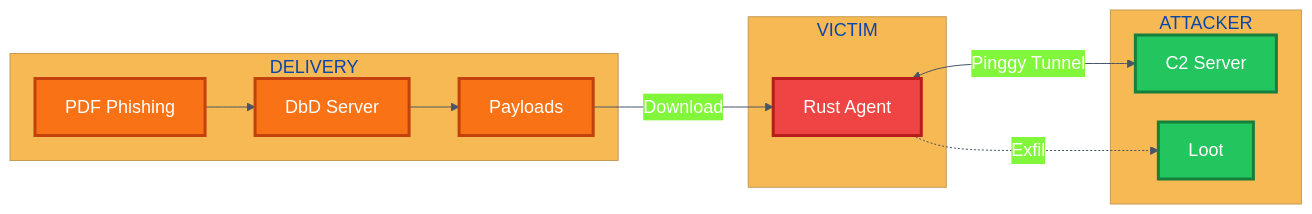
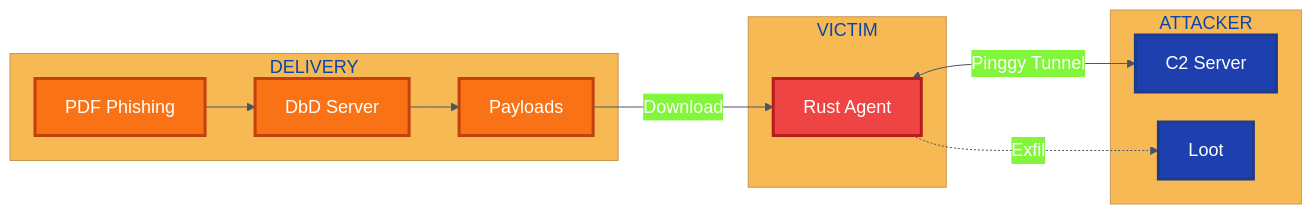
One commit to TimBLukas/rust-mw changed the diagram in presentation/diagrams/01_gesamtarchitektur.mmd. Above: the diagram before and after it, drawn with Mermaid. The commit also changed 6 other files, not shown here.

```diff
--- a/presentation/diagrams/01_gesamtarchitektur.mmd
+++ b/presentation/diagrams/01_gesamtarchitektur.mmd
@@ -1,28 +1,28 @@
 %%{init: {'theme': 'base', 'themeVariables': { 'primaryColor': '#3b82f6', 'primaryTextColor': '#ffffff', 'lineColor': '#475569', 'fontSize': '18px'}, 'flowchart': {'nodeSpacing': 30, 'rankSpacing': 50}}}%%
 
 flowchart LR
     subgraph DEL["DELIVERY"]
         PDF["PDF Phishing"] --> DBD["DbD Server"]
         DBD --> PAY["Payloads"]
     end
 
     subgraph VIC["VICTIM"]
         AGENT["Rust Agent"]
     end
 
     subgraph ATK["ATTACKER"]
         C2["C2 Server"]
         LOOT["Loot"]
     end
 
     PAY -->|"Download"| AGENT
     AGENT <-->|"Pinggy Tunnel"| C2
     AGENT -.->|"Exfil"| LOOT
 
     classDef del fill:#f97316,stroke:#c2410c,color:#fff,stroke-width:3px
     classDef vic fill:#ef4444,stroke:#b91c1c,color:#fff,stroke-width:3px
-    classDef atk fill:#22c55e,stroke:#15803d,color:#fff,stroke-width:3px
+    classDef atk fill:#1e40af,stroke:#1e3a8a,color:#fff,stroke-width:3px
 
     class PDF,DBD,PAY del
     class AGENT vic
     class C2,LOOT atk
```
